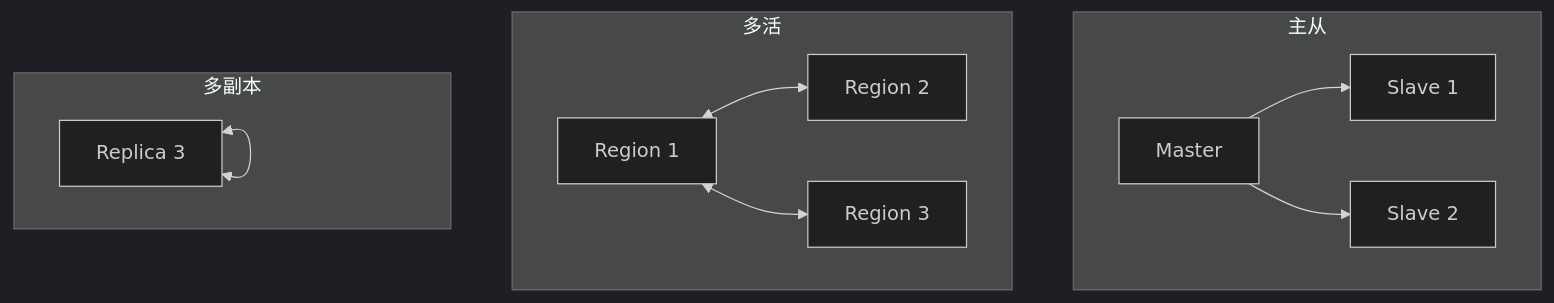
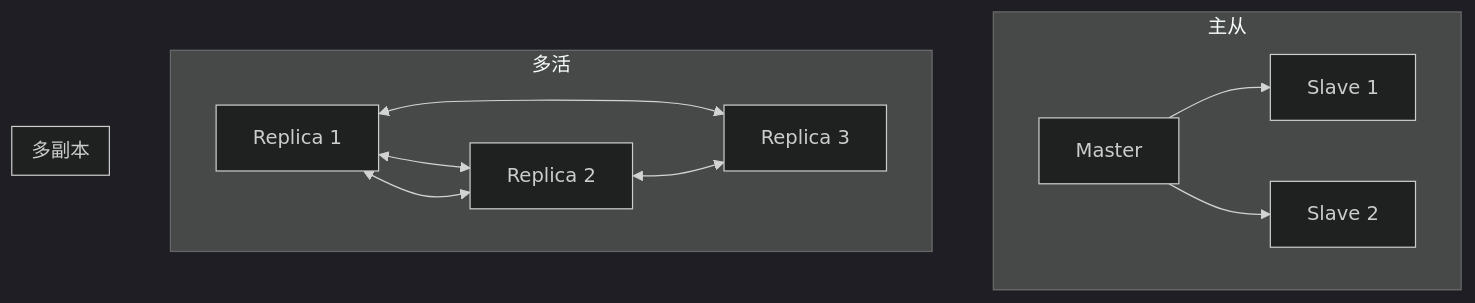
One commit to kane201x/javadoc changed diagram 28 of 32 in 14-system-design/README.md. Above: the diagram before and after it, drawn with Mermaid (dark theme). The commit also changed other lines of this file and 12 other files, not shown here.

First line of the commit message:
fix: correct mermaid diagram syntax across all modules

````diff
--- a/14-system-design/README.md
+++ b/14-system-design/README.md
@@ -1585,14 +1585,14 @@
 ```mermaid
 graph TD
     subgraph 主从
         M1[Master] --> S1[Slave 1]
         M1 --> S2[Slave 2]
     end
     subgraph 多活
         R1[Region 1] <--> R2[Region 2]
         R1 <--> R3[Region 3]
     end
     subgraph 多副本
-        R[Replica 1] <--> R[Replica 2] <--> R[Replica 3]
+        R1[Replica 1] <--> R2[Replica 2] <--> R3[Replica 3]
     end
 ```
````
